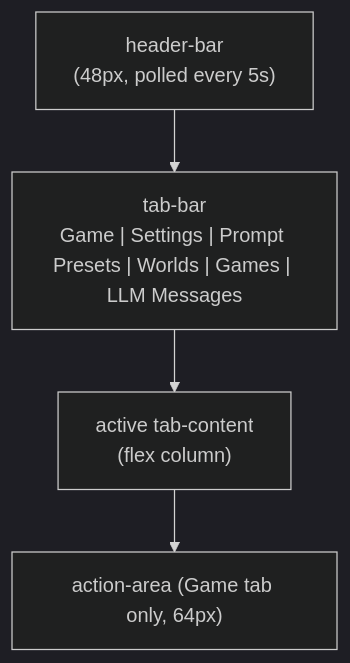
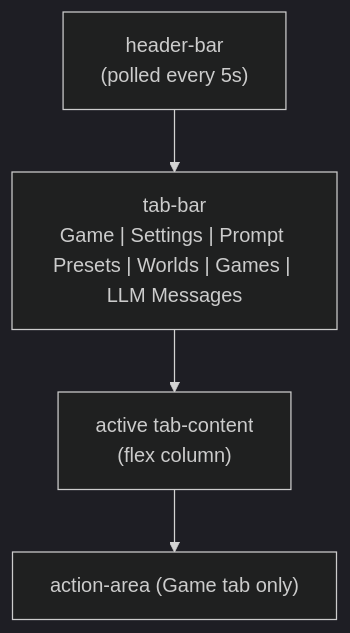
Before and after one commit to notsonormal/chronicler-engine: the diagram in docs/diataxis/reference/frontend/dashboard.md, drawn with Mermaid (dark theme). The commit also changed other lines of this file and 37 other files, not shown here.

````diff
--- a/docs/diataxis/reference/frontend/dashboard.md
+++ b/docs/diataxis/reference/frontend/dashboard.md
@@ -14,8 +16,8 @@
 ```mermaid
 flowchart TD
-    HDR["header-bar<br/>(48px, polled every 5s)"]
+    HDR["header-bar<br/>(polled every 5s)"]
     TABS["tab-bar<br/>Game | Settings | Prompt Presets | Worlds | Games | LLM Messages"]
     BODY["active tab-content<br/>(flex column)"]
-    ACT["action-area (Game tab only, 64px)"]
+    ACT["action-area (Game tab only)"]
     HDR --> TABS --> BODY --> ACT
 ```
````
